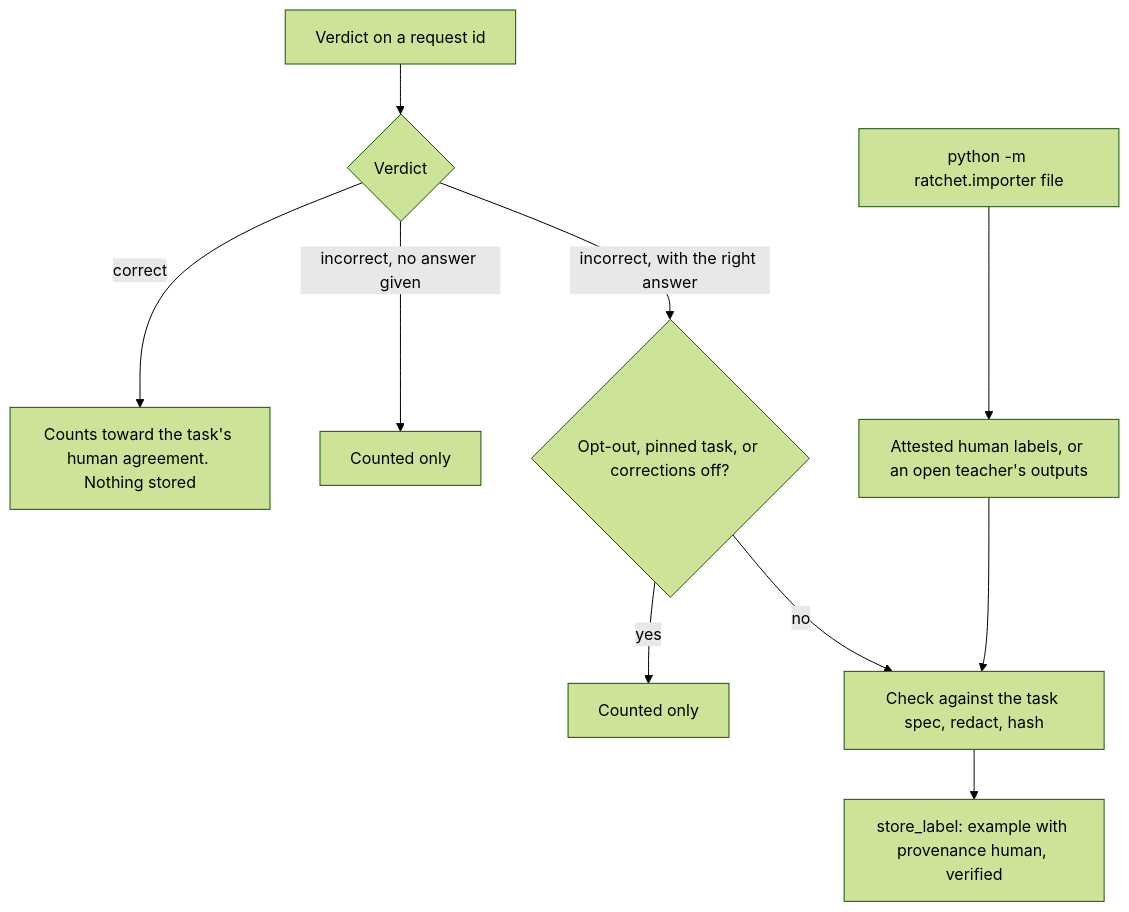
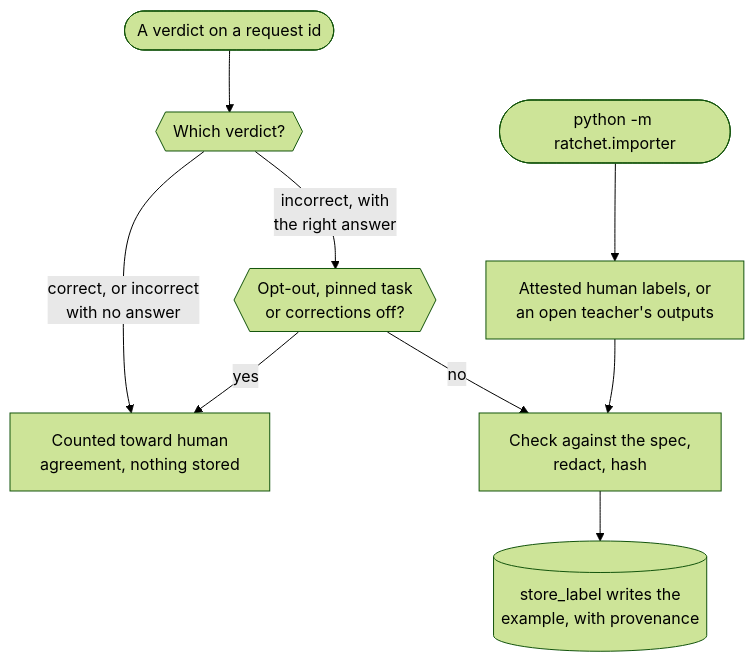
Before and after one commit to harshbhx/ratchet: the third of 5 diagrams in docs-site/src/content/docs/guides/ledger.mdx, drawn with Mermaid (forest theme). The commit also changed other lines of this file and 25 other files, not shown here.

````diff
--- a/docs-site/src/content/docs/guides/ledger.mdx
+++ b/docs-site/src/content/docs/guides/ledger.mdx
@@ -107,12 +138,16 @@
 ```mermaid
-flowchart TD
-  V["Verdict on a request id"] --> K{"Verdict"}
-  K -->|correct| R1["Counts toward the task's human agreement. Nothing stored"]
-  K -->|"incorrect, no answer given"| R2["Counted only"]
-  K -->|"incorrect, with the right answer"| G{"Opt-out, pinned task, or corrections off?"}
-  G -->|yes| R3["Counted only"]
-  G -->|no| P["Check against the task spec, redact, hash"]
-  P --> S["store_label: example with provenance human, verified"]
-  I["python -m ratchet.importer file"] --> A["Attested human labels, or an open teacher's outputs"]
+flowchart TB
+  V(["A verdict on a request id"]) --> K{{"Which verdict?"}}
+  K -->|"correct, or incorrect<br/>with no answer"| R["Counted toward human<br/>agreement, nothing stored"]
+  K -->|"incorrect, with<br/>the right answer"| G{{"Opt-out, pinned task<br/>or corrections off?"}}
+  G -->|yes| R
+  G -->|no| P["Check against the spec,<br/>redact, hash"]
+  I(["python -m ratchet.importer"]) --> A["Attested human labels, or<br/>an open teacher's outputs"]
   A --> P
+  P --> S[("store_label writes the<br/>example, with provenance")]
+
+  class V,I neutral
+  class K,G gate
+  class R outline
+  class S store
 ```
````
